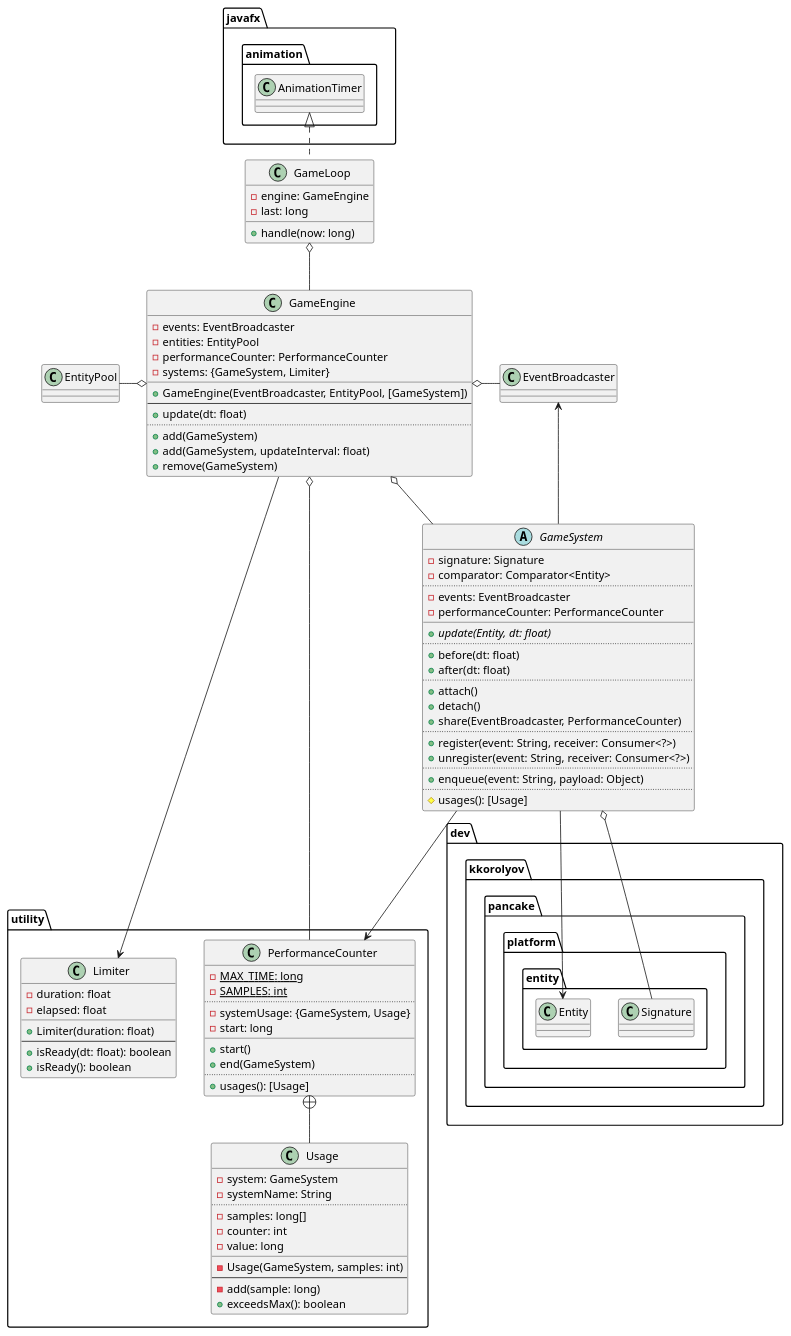
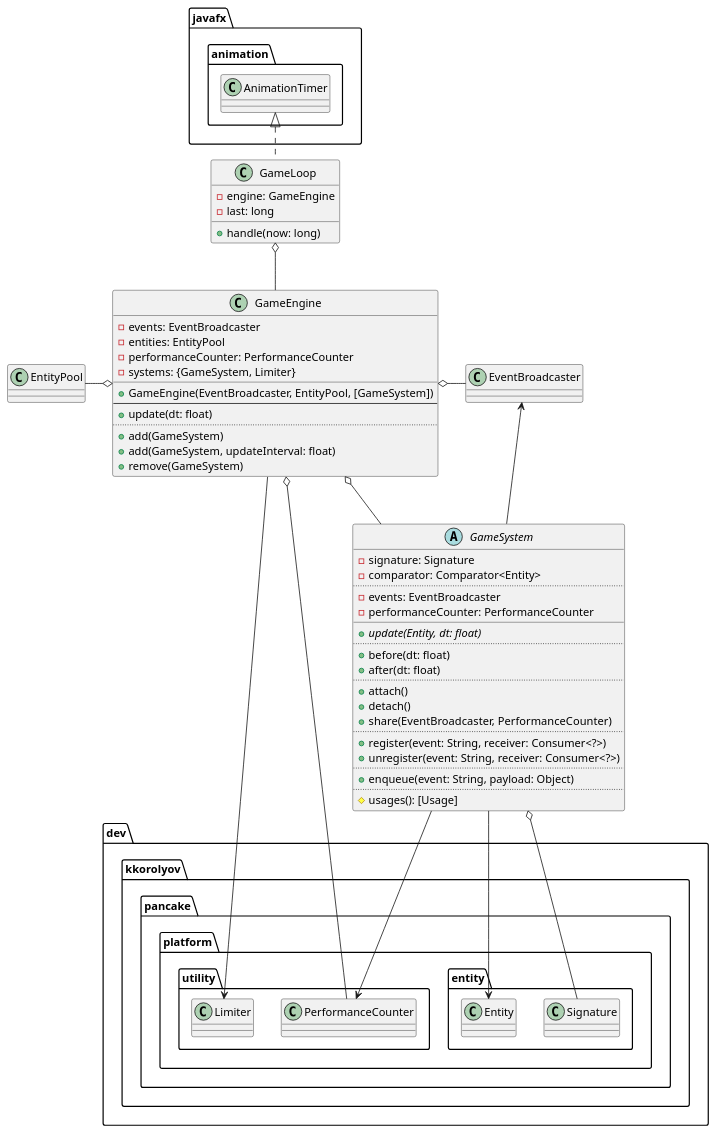
The diagram in docs/uml/pancake-platform/main.class.puml (kkorolyov/pancake), drawn with PlantUML before and after one commit. The commit also changed 5 other files, not shown here.

Commit message:
Update UML

```diff
--- a/docs/uml/pancake-platform/main.class.puml
+++ b/docs/uml/pancake-platform/main.class.puml
@@ -1,99 +1,60 @@
 @startuml
 
 class GameLoop {
 	-engine: GameEngine
 	-last: long
 	__
 	+handle(now: long)
 }
 GameLoop .u.|> javafx.animation.AnimationTimer
 GameLoop o-- GameEngine
 
 class GameEngine {
 	-events: EventBroadcaster
 	-entities: EntityPool
 	-performanceCounter: PerformanceCounter
 	-systems: {GameSystem, Limiter}
 	__
 	+GameEngine(EventBroadcaster, EntityPool, [GameSystem])
 	--
 	+update(dt: float)
 	..
 	+add(GameSystem)
 	+add(GameSystem, updateInterval: float)
 	+remove(GameSystem)
 }
 GameEngine o-r- EventBroadcaster
 GameEngine o-l- EntityPool
-GameEngine o-- utility.PerformanceCounter
+GameEngine o-- dev.kkorolyov.pancake.platform.utility.PerformanceCounter
 GameEngine o-- GameSystem
-GameEngine --> utility.Limiter
+GameEngine --> dev.kkorolyov.pancake.platform.utility.Limiter
 
 abstract class GameSystem {
 	-signature: Signature
 	-comparator: Comparator<Entity>
 	..
 	-events: EventBroadcaster
 	-performanceCounter: PerformanceCounter
 	__
 	{abstract} +update(Entity, dt: float)
 	..
 	+before(dt: float)
 	+after(dt: float)
 	..
 	+attach()
 	+detach()
 	+share(EventBroadcaster, PerformanceCounter)
 	..
 	+register(event: String, receiver: Consumer<?>)
 	+unregister(event: String, receiver: Consumer<?>)
 	..
 	+enqueue(event: String, payload: Object)
 	..
 	#usages(): [Usage]
 }
 GameSystem o-- dev.kkorolyov.pancake.platform.entity.Signature
 GameSystem --> dev.kkorolyov.pancake.platform.entity.Entity
 GameSystem -u-> EventBroadcaster
-GameSystem --> utility.PerformanceCounter
-
-package utility {
-	class Limiter {
-		-duration: float
-		-elapsed: float
-		__
-		+Limiter(duration: float)
-		--
-		+isReady(dt: float): boolean
-		+isReady(): boolean
-	}
-
-	class PerformanceCounter {
-		{static} -MAX_TIME: long
-		{static} -SAMPLES: int
-		..
-		-systemUsage: {GameSystem, Usage}
-		-start: long
-		__
-		+start()
-		+end(GameSystem)
-		..
-		+usages(): [Usage]
-	}
-	PerformanceCounter +-- Usage
-	class Usage {
-		-system: GameSystem
-		-systemName: String
-		..
-		-samples: long[]
-		-counter: int
-		-value: long
-		__
-		-Usage(GameSystem, samples: int)
-		--
-		-add(sample: long)
-		+exceedsMax(): boolean
-	}
-}
+GameSystem --> dev.kkorolyov.pancake.platform.utility.PerformanceCounter
 
 @enduml
```
